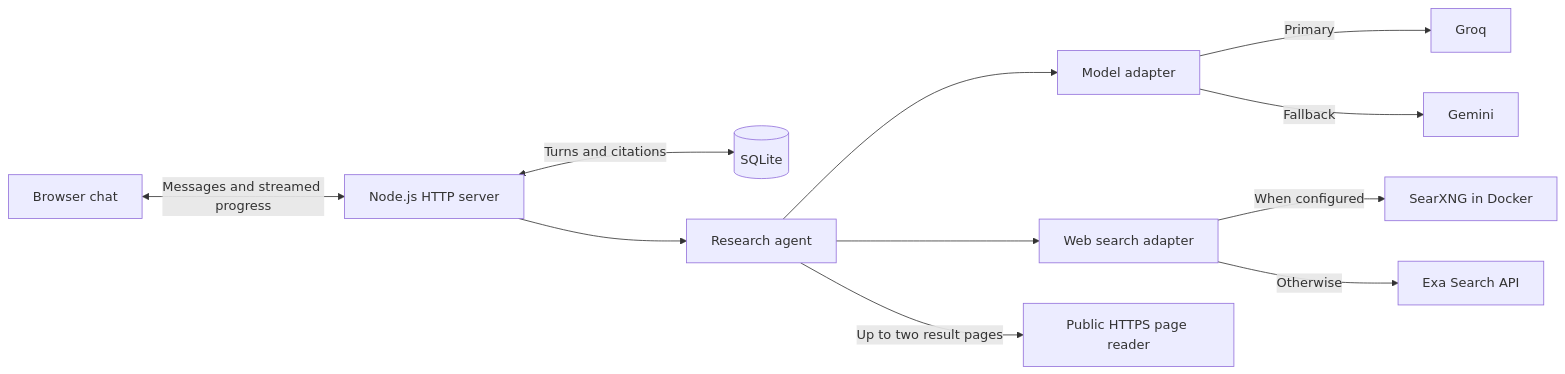
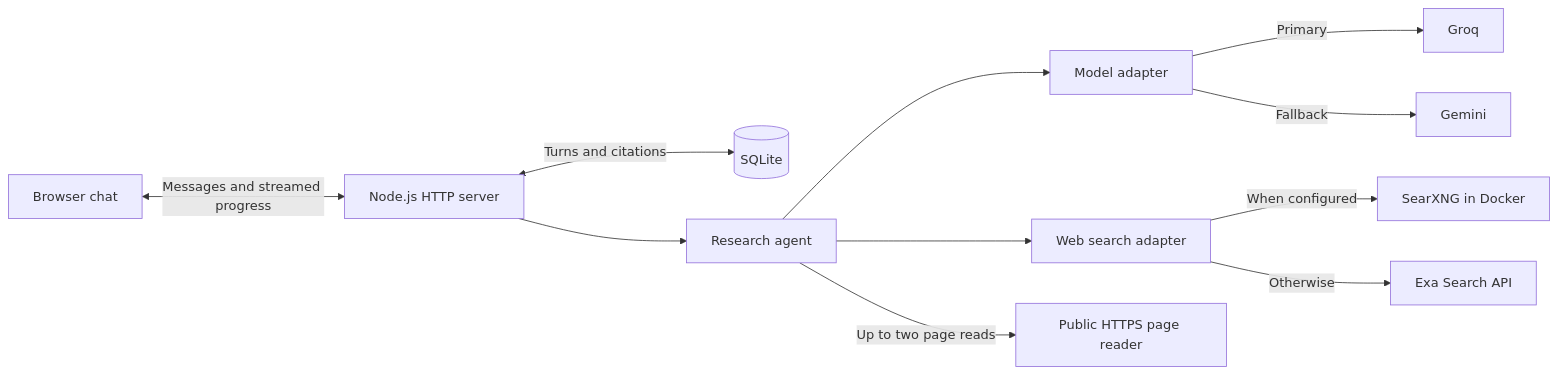
One commit to pjha26/Recallio changed the first of 2 diagrams in README.md. Above: the diagram before and after it, drawn with Mermaid. The commit also changed other lines of this file and 1 other file, not shown here.

````diff
--- a/README.md
+++ b/README.md
@@ -11,13 +31,13 @@
 ```mermaid
 flowchart LR
     Browser["Browser chat"] <-->|"Messages and streamed progress"| Server["Node.js HTTP server"]
     Server <-->|"Turns and citations"| SQLite[("SQLite")]
     Server --> Agent["Research agent"]
     Agent --> Models["Model adapter"]
     Models -->|"Primary"| Groq["Groq"]
     Models -->|"Fallback"| Gemini["Gemini"]
     Agent --> Search["Web search adapter"]
     Search -->|"When configured"| SearXNG["SearXNG in Docker"]
     Search -->|"Otherwise"| Exa["Exa Search API"]
-    Agent -->|"Up to two result pages"| Pages["Public HTTPS page reader"]
+    Agent -->|"Up to two page reads"| Pages["Public HTTPS page reader"]
 ```
````
